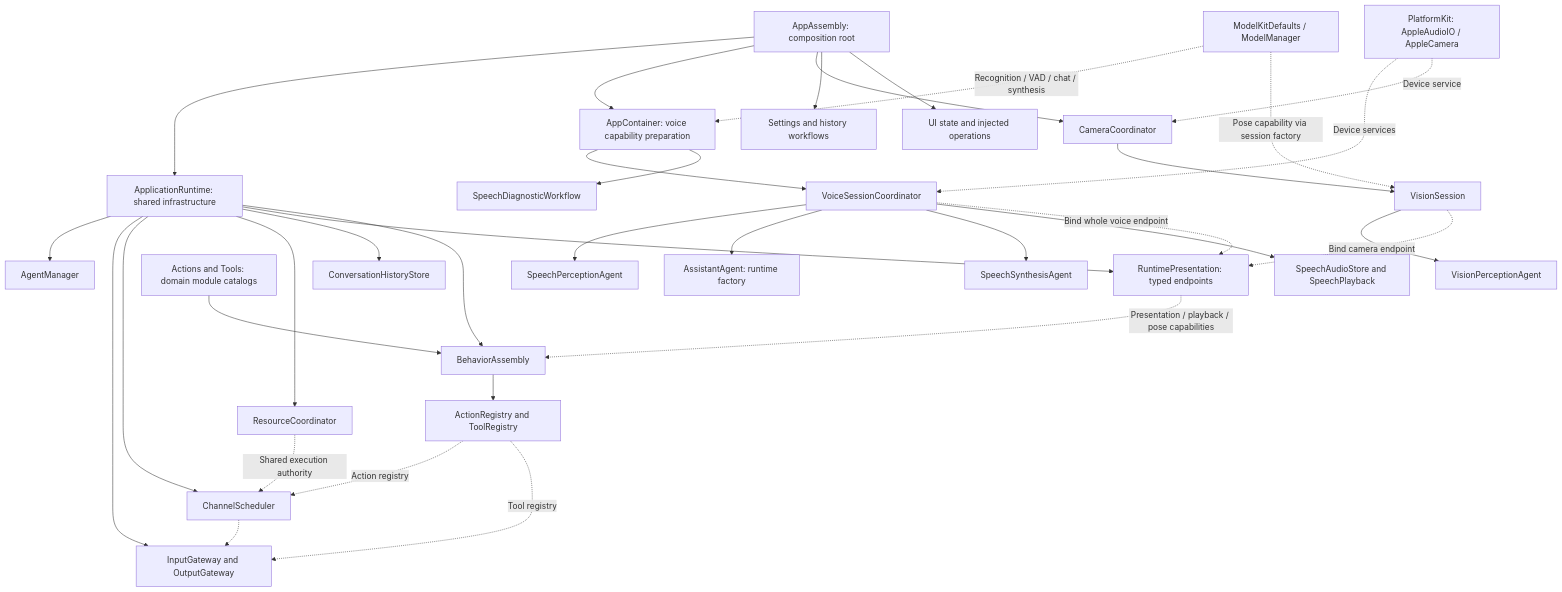
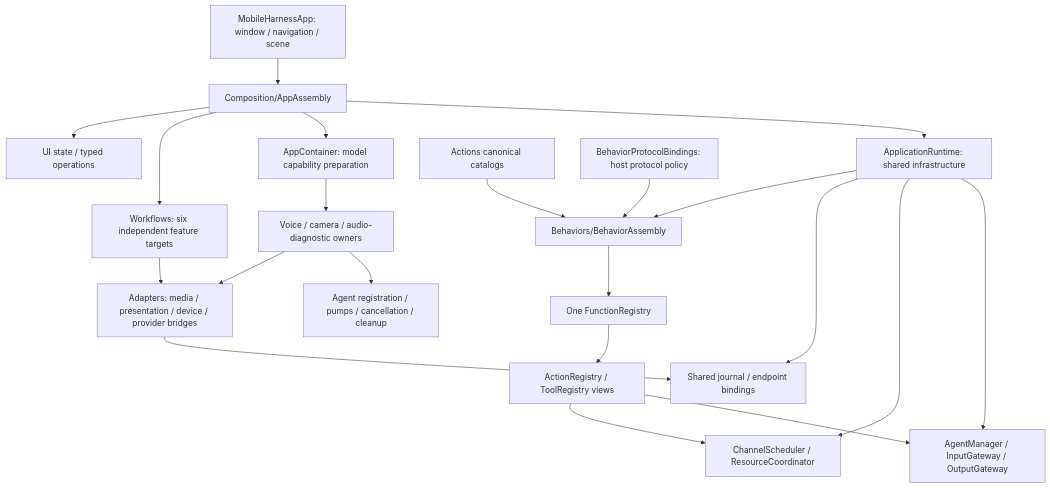
The second of 3 diagrams in MobileHarness/App/README.md (devilyouwei/MobileHarness), drawn with Mermaid before and after one commit. The commit also changed other lines of this file and 238 other files, not shown here.

First line of the commit message:
Separate callable Actions from Gateway execution and call protocols

````diff
--- a/MobileHarness/App/README.md
+++ b/MobileHarness/App/README.md
@@ -66,39 +38,23 @@
 ```mermaid
 flowchart TB
-    Root[AppAssembly: composition root] --> Runtime[ApplicationRuntime: shared infrastructure]
-    Root --> Container[AppContainer: voice capability preparation]
-    Root --> Camera[CameraCoordinator]
-    Root --> Workflows[Settings and history workflows]
-    Root --> State[UI state and injected operations]
-
-    Runtime --> Manager[AgentManager]
-    Runtime --> Gateways[InputGateway and OutputGateway]
-    Runtime --> Scheduler[ChannelScheduler]
-    Runtime --> Resources[ResourceCoordinator]
-    Runtime --> History[ConversationHistoryStore]
-    Runtime --> Bindings[RuntimePresentation: typed endpoints]
-    Runtime --> Behavior[BehaviorAssembly]
-    Catalogs[Actions and Tools: domain module catalogs] --> Behavior
-    Bindings -.->|Presentation / playback / pose capabilities| Behavior
-    Behavior --> Registries[ActionRegistry and ToolRegistry]
-    Registries -.->|Action registry| Scheduler
-    Registries -.->|Tool registry| Gateways
-    Scheduler -.-> Gateways
-    Resources -.->|Shared execution authority| Scheduler
-
-    Container --> Voice[VoiceSessionCoordinator]
-    Container --> Diagnostic[SpeechDiagnosticWorkflow]
-    Voice --> Speech[SpeechPerceptionAgent]
-    Voice --> Assistant[AssistantAgent: runtime factory]
-    Voice --> Synthesis[SpeechSynthesisAgent]
-    Voice --> Audio[SpeechAudioStore and SpeechPlayback]
-    Camera --> Session[VisionSession]
-    Session --> Vision[VisionPerceptionAgent]
-    Voice -.->|Bind whole voice endpoint| Bindings
-    Session -.->|Bind camera endpoint| Bindings
-
-    Models[ModelKitDefaults / ModelManager] -.->|Recognition / VAD / chat / synthesis| Container
-    Models -.->|Pose capability via session factory| Session
-    Platform[PlatformKit: AppleAudioIO / AppleCamera] -.->|Device services| Voice
-    Platform -.->|Device service| Camera
+    Window[MobileHarnessApp: window / navigation / scene] --> Root[Composition/AppAssembly]
+    Root --> Runtime[ApplicationRuntime: shared infrastructure]
+    Root --> Container[AppContainer: model capability preparation]
+    Root --> Features[Workflows: six independent feature targets]
+    Root --> Presentation[UI state / typed operations]
+    Runtime --> Manager[AgentManager / InputGateway / OutputGateway]
+    Runtime --> Authority[ChannelScheduler / ResourceCoordinator]
+    Runtime --> Stores[Shared journal / endpoint bindings]
+    Runtime --> Assembly[Behaviors/BehaviorAssembly]
+    Catalog[Actions canonical catalogs] --> Assembly
+    Profiles[BehaviorProtocolBindings: host protocol policy] --> Assembly
+    Assembly --> Functions[One FunctionRegistry]
+    Functions --> Views[ActionRegistry / ToolRegistry views]
+    Views --> Manager
+    Views --> Authority
+    Container --> Lifecycle[Voice / camera / audio-diagnostic owners]
+    Lifecycle --> Sessions[Agent registration / pumps / cancellation / cleanup]
+    Adapters[Adapters: media / presentation / device / provider bridges] --> Stores
+    Lifecycle --> Adapters
+    Features --> Adapters
 ```
````
